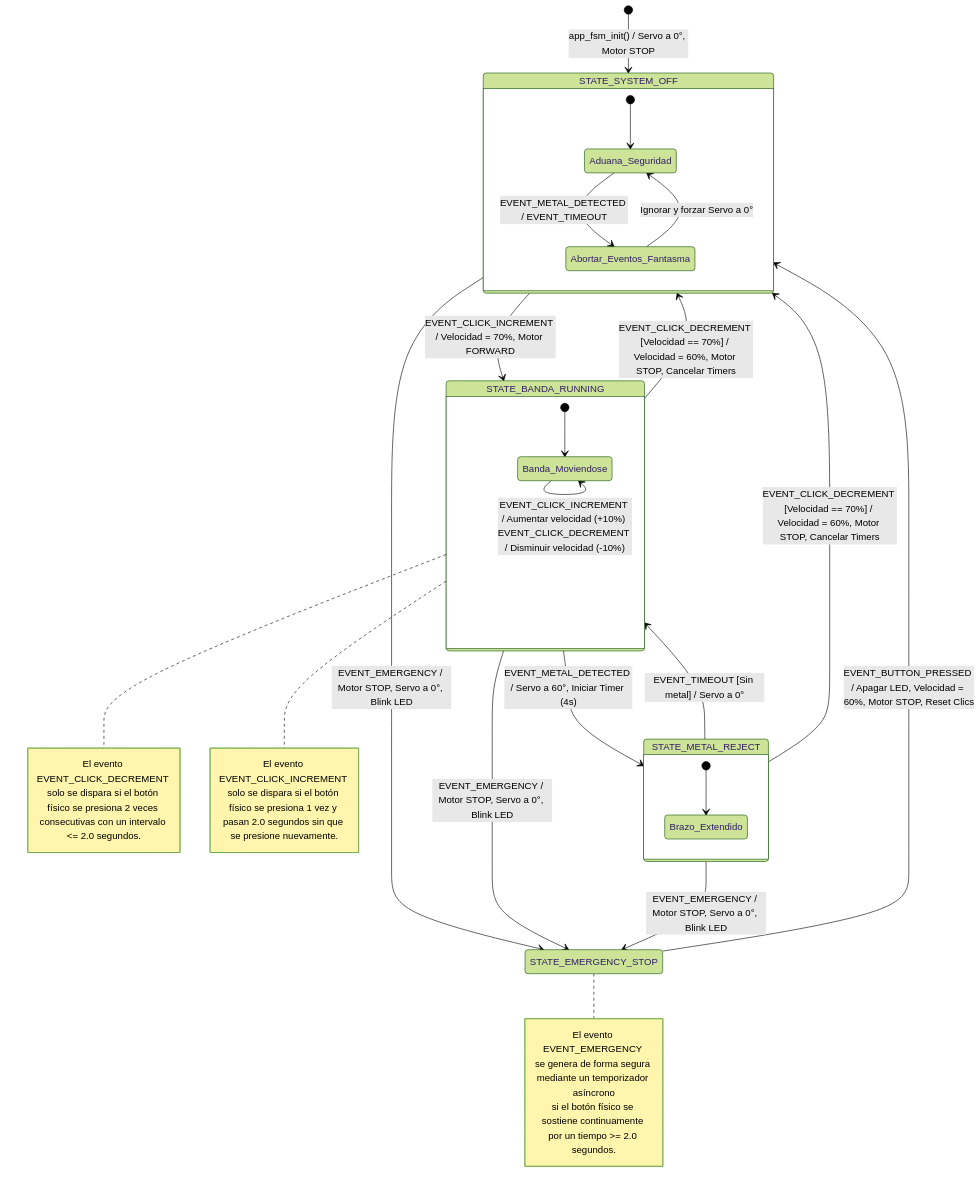
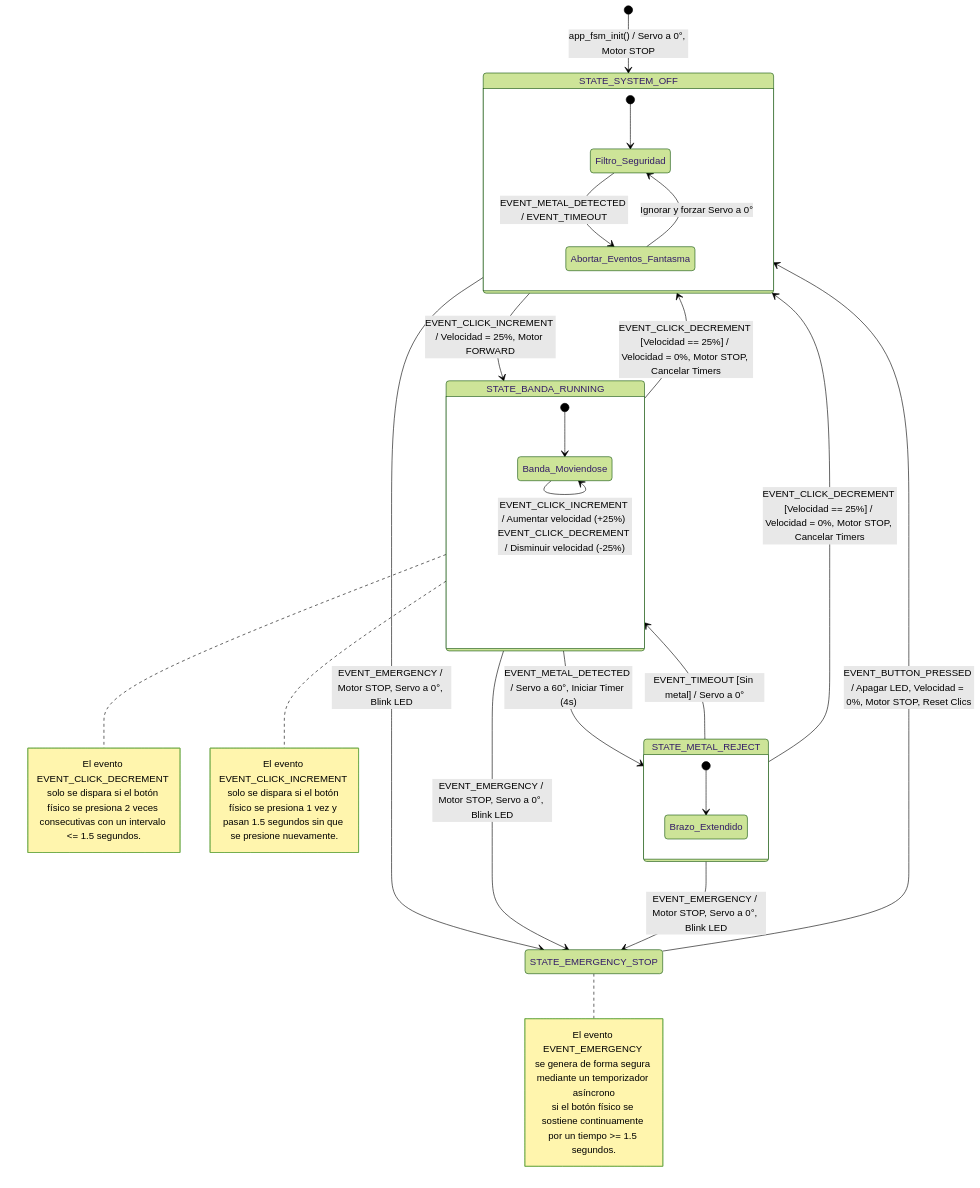
One commit to JFelipe33/Proyecto2 changed the diagram in proyecto1/maquina_estados_mermaid.md. Above: the diagram before and after it, drawn with Mermaid. The commit also changed 4 other files, not shown here.

````diff
--- a/proyecto1/maquina_estados_mermaid.md
+++ b/proyecto1/maquina_estados_mermaid.md
@@ -1,51 +1,51 @@
 ```mermaid
 %%{init: { 'theme': 'forest', 'themeVariables': { 'lineColor': '#000000', 'arrowheadColor': '#000000', 'transitionColor': '#000000', 'transitionLabelColor': '#000000' } } }%%
 stateDiagram-v2
     [*] --> STATE_SYSTEM_OFF : app_fsm_init() / Servo a 0°, Motor STOP
 
     state STATE_SYSTEM_OFF {
-        [*] --> Aduana_Seguridad
-        Aduana_Seguridad --> Abortar_Eventos_Fantasma : EVENT_METAL_DETECTED / EVENT_TIMEOUT
-        Abortar_Eventos_Fantasma --> Aduana_Seguridad : Ignorar y forzar Servo a 0°
+        [*] --> Filtro_Seguridad
+        Filtro_Seguridad --> Abortar_Eventos_Fantasma : EVENT_METAL_DETECTED / EVENT_TIMEOUT
+        Abortar_Eventos_Fantasma --> Filtro_Seguridad : Ignorar y forzar Servo a 0°
     }
 
-    STATE_SYSTEM_OFF --> STATE_BANDA_RUNNING : EVENT_CLICK_INCREMENT / Velocidad = 70%, Motor FORWARD
+    STATE_SYSTEM_OFF --> STATE_BANDA_RUNNING : EVENT_CLICK_INCREMENT / Velocidad = 25%, Motor FORWARD
     
     state STATE_BANDA_RUNNING {
         [*] --> Banda_Moviendose
-        Banda_Moviendose --> Banda_Moviendose : EVENT_CLICK_INCREMENT / Aumentar velocidad (+10%) EVENT_CLICK_DECREMENT / Disminuir velocidad (-10%)
+        Banda_Moviendose --> Banda_Moviendose : EVENT_CLICK_INCREMENT / Aumentar velocidad (+25%) EVENT_CLICK_DECREMENT / Disminuir velocidad (-25%)
     }
 
     STATE_BANDA_RUNNING --> STATE_METAL_REJECT : EVENT_METAL_DETECTED / Servo a 60°, Iniciar Timer (4s)
-    STATE_BANDA_RUNNING --> STATE_SYSTEM_OFF : EVENT_CLICK_DECREMENT [Velocidad == 70%] / Velocidad = 60%, Motor STOP, Cancelar Timers
+    STATE_BANDA_RUNNING --> STATE_SYSTEM_OFF : EVENT_CLICK_DECREMENT [Velocidad == 25%] / Velocidad = 0%, Motor STOP, Cancelar Timers
 
     state STATE_METAL_REJECT {
         [*] --> Brazo_Extendido
     }
 
     STATE_METAL_REJECT --> STATE_BANDA_RUNNING : EVENT_TIMEOUT [Sin metal] / Servo a 0°
-    STATE_METAL_REJECT --> STATE_SYSTEM_OFF : EVENT_CLICK_DECREMENT [Velocidad == 70%] / Velocidad = 60%, Motor STOP, Cancelar Timers
+    STATE_METAL_REJECT --> STATE_SYSTEM_OFF : EVENT_CLICK_DECREMENT [Velocidad == 25%] / Velocidad = 0%, Motor STOP, Cancelar Timers
 
     %% Transiciones de Emergencia Globales
     STATE_SYSTEM_OFF --> STATE_EMERGENCY_STOP : EVENT_EMERGENCY / Motor STOP, Servo a 0°, Blink LED
     STATE_BANDA_RUNNING --> STATE_EMERGENCY_STOP : EVENT_EMERGENCY / Motor STOP, Servo a 0°, Blink LED
     STATE_METAL_REJECT --> STATE_EMERGENCY_STOP : EVENT_EMERGENCY / Motor STOP, Servo a 0°, Blink LED
 
     %% Desbloqueo seguro coordinado con la implementación en C
-    STATE_EMERGENCY_STOP --> STATE_SYSTEM_OFF : EVENT_BUTTON_PRESSED / Apagar LED, Velocidad = 60%, Motor STOP, Reset Clics
+    STATE_EMERGENCY_STOP --> STATE_SYSTEM_OFF : EVENT_BUTTON_PRESSED / Apagar LED, Velocidad = 0%, Motor STOP, Reset Clics
 
     %% NOTAS PARA EL DIAGRAMA
     note right of STATE_EMERGENCY_STOP
         El evento EVENT_EMERGENCY 
         se genera de forma segura mediante un temporizador asíncrono
-        si el botón físico se sostiene continuamente por un tiempo >= 2.0 segundos.
+        si el botón físico se sostiene continuamente por un tiempo >= 1.5 segundos.
     end note
     note right of STATE_BANDA_RUNNING
         El evento EVENT_CLICK_DECREMENT 
-        solo se dispara si el botón físico se presiona 2 veces consecutivas con un intervalo <= 2.0 segundos.
+        solo se dispara si el botón físico se presiona 2 veces consecutivas con un intervalo <= 1.5 segundos.
     end note
     note right of STATE_BANDA_RUNNING
         El evento EVENT_CLICK_INCREMENT 
-        solo se dispara si el botón físico se presiona 1 vez y pasan 2.0 segundos sin que se presione nuevamente. 
+        solo se dispara si el botón físico se presiona 1 vez y pasan 1.5 segundos sin que se presione nuevamente. 
     end note
 ```
````
